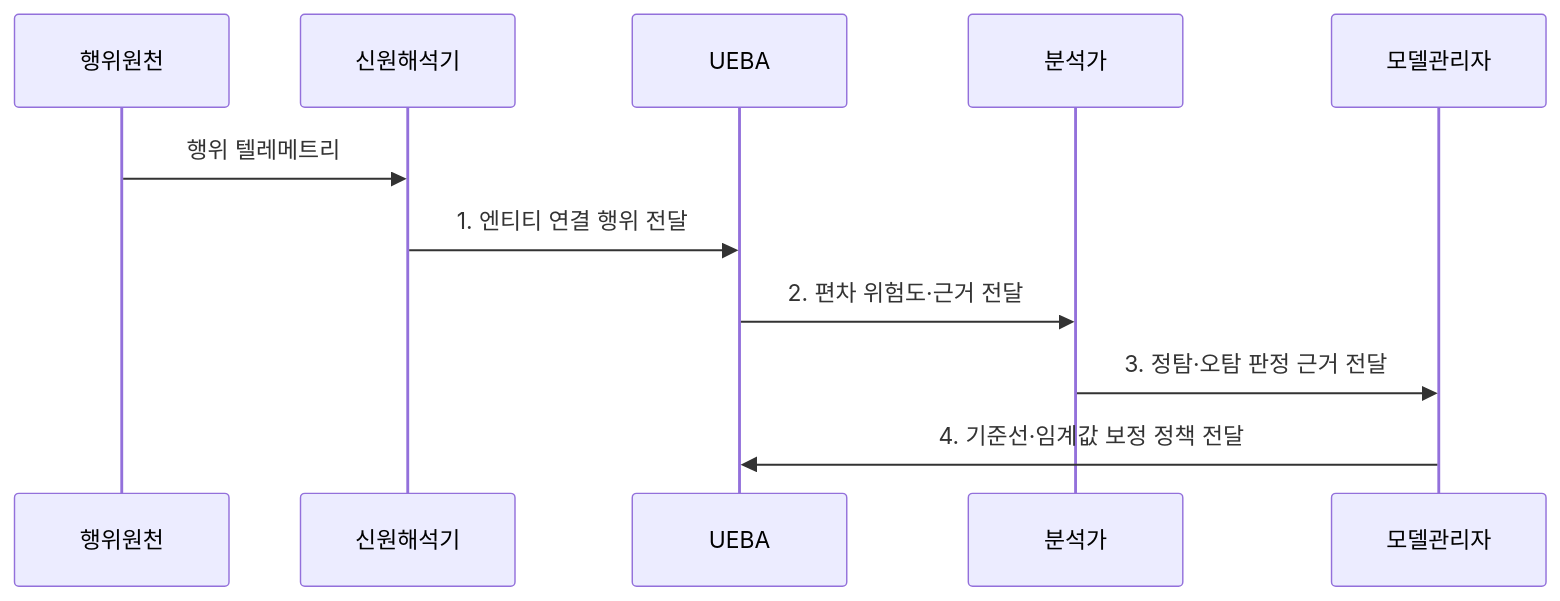
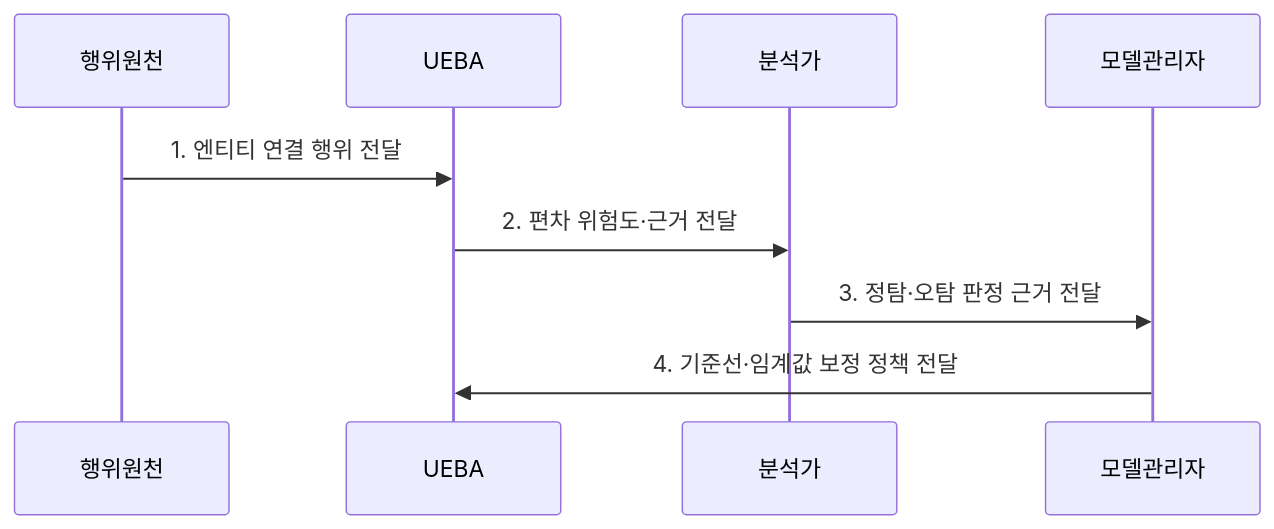
The second of 2 diagrams in src/content/docs/notes/05-security/038_ueba.md (agnusdei1207/knowledge-base), drawn with Mermaid before and after one commit. The commit also changed 8 other files, not shown here.

````diff
--- a/src/content/docs/notes/05-security/038_ueba.md
+++ b/src/content/docs/notes/05-security/038_ueba.md
@@ -103,13 +103,11 @@
 ```mermaid
 sequenceDiagram
     participant 행위원천
-    participant 신원해석기
     participant UEBA
     participant 분석가
     participant 모델관리자
-    행위원천->>신원해석기: 행위 텔레메트리
-    신원해석기->>UEBA: 1. 엔티티 연결 행위 전달
+    행위원천->>UEBA: 1. 엔티티 연결 행위 전달
     UEBA->>분석가: 2. 편차 위험도·근거 전달
     분석가->>모델관리자: 3. 정탐·오탐 판정 근거 전달
     모델관리자->>UEBA: 4. 기준선·임계값 보정 정책 전달
 ```
````
